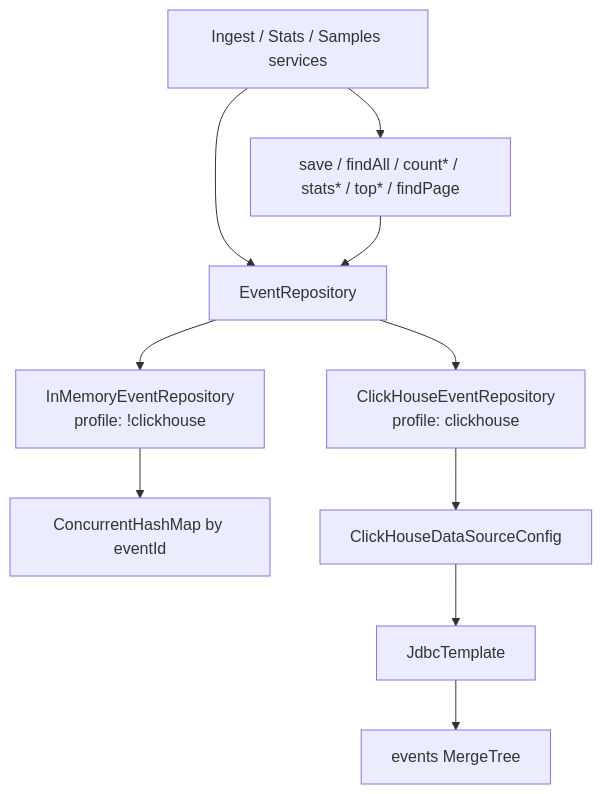
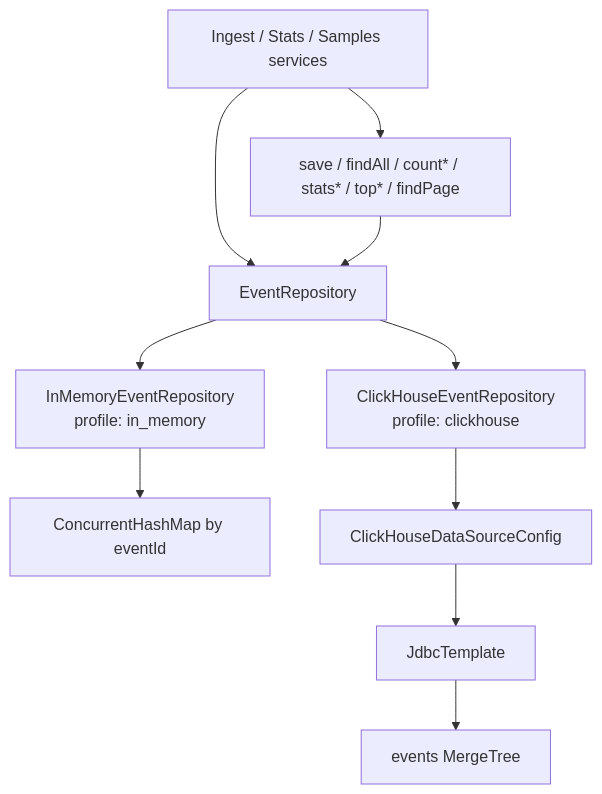
The diagram in docs/storage.md (oreltop/Mini-Security-Analytics-Pipeline), drawn with Mermaid before and after one commit. The commit also changed other lines of this file and 6 other files, not shown here.

````diff
--- a/docs/storage.md
+++ b/docs/storage.md
@@ -9,12 +9,12 @@
 ```mermaid
 flowchart TD
   App["Ingest / Stats / Samples services"] --> Repo["EventRepository"]
-  Repo --> Mem["InMemoryEventRepository\nprofile: !clickhouse"]
+  Repo --> Mem["InMemoryEventRepository\nprofile: in_memory"]
   Repo --> CH["ClickHouseEventRepository\nprofile: clickhouse"]
   Mem --> Map["ConcurrentHashMap by eventId"]
   CH --> Cfg["ClickHouseDataSourceConfig"]
   Cfg --> JDBC["JdbcTemplate"]
   JDBC --> Table["events MergeTree"]
   App --> Api["save / findAll / count* / stats* / top* / findPage"]
   Api --> Repo
 ```
````
